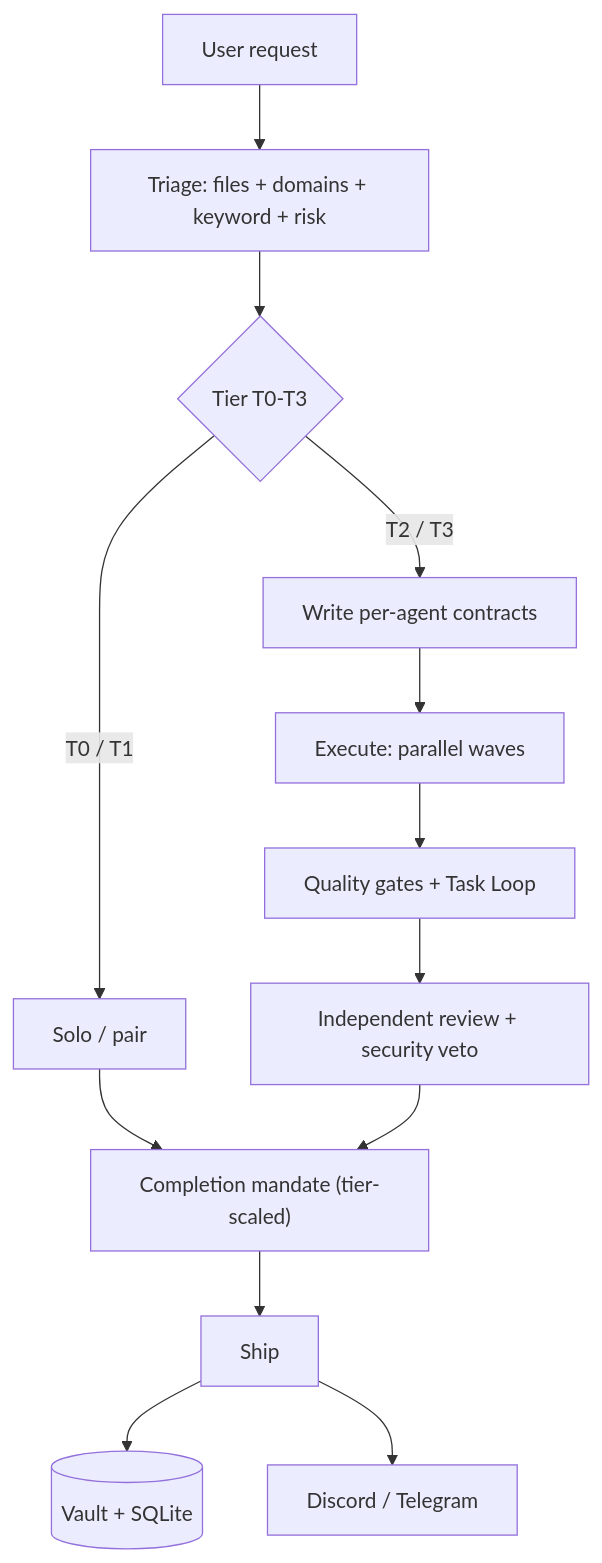
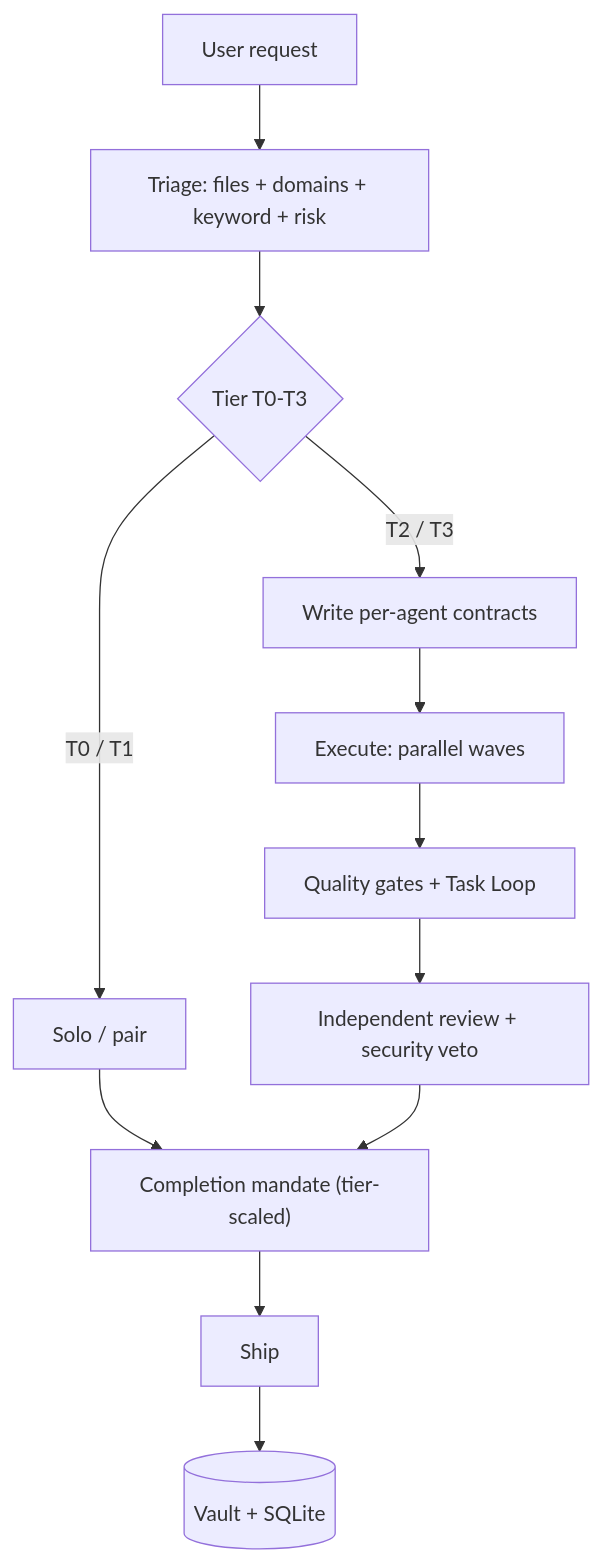
The first of 7 diagrams in README.md (jaysonventura/claude-dev-team), drawn with Mermaid before and after one commit. The commit also changed other lines of this file and 27 other files, not shown here.

First line of the commit message:
feat(core)!: remove the Discord/Telegram notification feature entirely (v1.39.0)

````diff
--- a/README.md
+++ b/README.md
@@ -117,15 +116,14 @@
 ```mermaid
 flowchart TD
     U["User request"] --> T["Triage: files + domains + keyword + risk"]
     T --> TIER{"Tier T0-T3"}
     TIER -->|"T0 / T1"| SOLO["Solo / pair"]
     TIER -->|"T2 / T3"| C["Write per-agent contracts"]
     C --> E["Execute: parallel waves"]
     E --> G["Quality gates + Task Loop"]
     G --> R["Independent review + security veto"]
     SOLO --> M["Completion mandate (tier-scaled)"]
     R --> M
     M --> S["Ship"]
     S --> V[("Vault + SQLite")]
-    S --> N["Discord / Telegram"]
 ```
````
